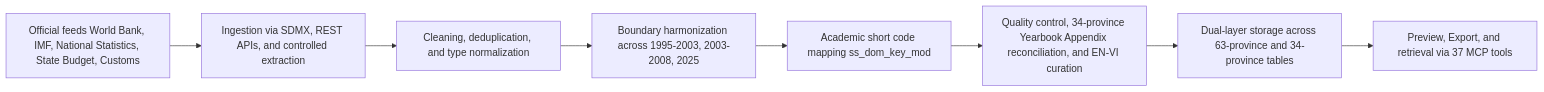
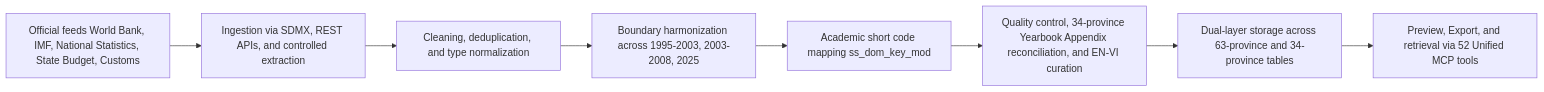
The diagram in i18n/en/docusaurus-plugin-content-docs/current/ecodata/du-lieu/methodology.mdx (vietlod/docs), drawn with Mermaid before and after one commit. The commit also changed 41 other files, not shown here.

````diff
--- a/i18n/en/docusaurus-plugin-content-docs/current/ecodata/du-lieu/methodology.mdx
+++ b/i18n/en/docusaurus-plugin-content-docs/current/ecodata/du-lieu/methodology.mdx
@@ -39,10 +39,10 @@
 ```mermaid
 flowchart LR
   A["Official feeds World Bank, IMF, National Statistics, State Budget, Customs"] --> B["Ingestion via SDMX, REST APIs, and controlled extraction"]
   B --> C["Cleaning, deduplication, and type normalization"]
   C --> D["Boundary harmonization across 1995-2003, 2003-2008, 2025"]
   D --> E["Academic short code mapping ss_dom_key_mod"]
   E --> F["Quality control, 34-province Yearbook Appendix reconciliation, and EN-VI curation"]
   F --> G["Dual-layer storage across 63-province and 34-province tables"]
-  G --> H["Preview, Export, and retrieval via 37 MCP tools"]
+  G --> H["Preview, Export, and retrieval via 52 Unified MCP tools"]
 ```
````
